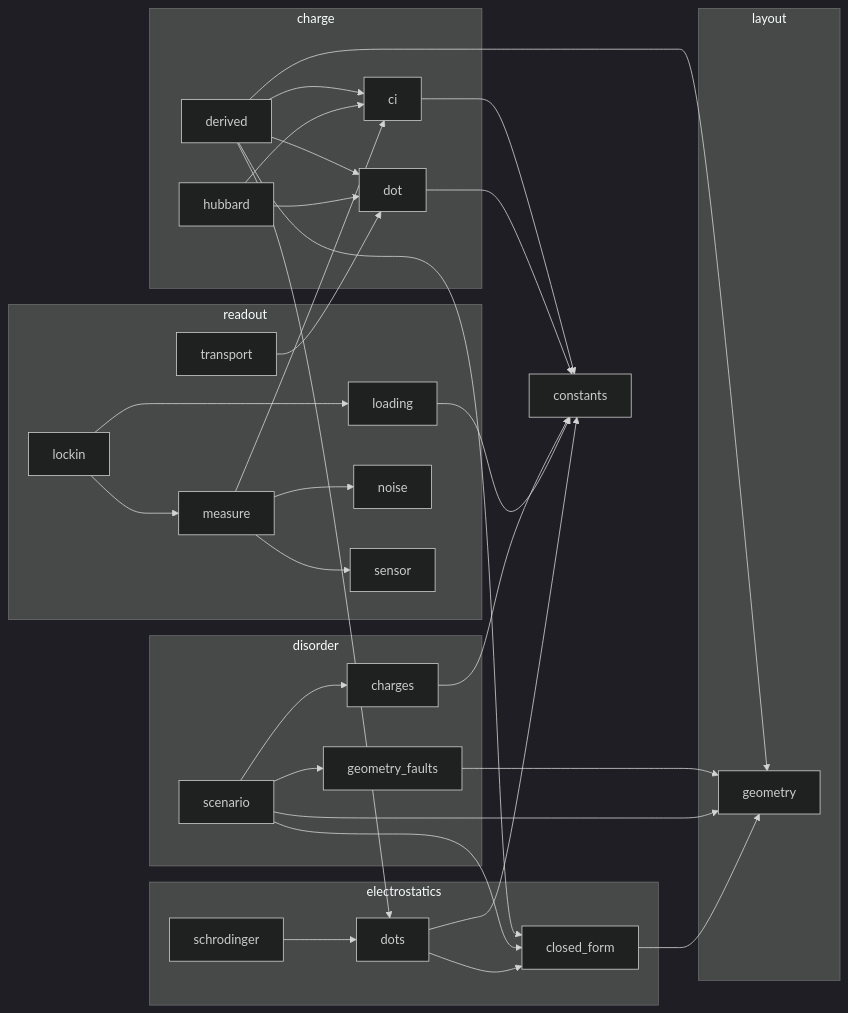
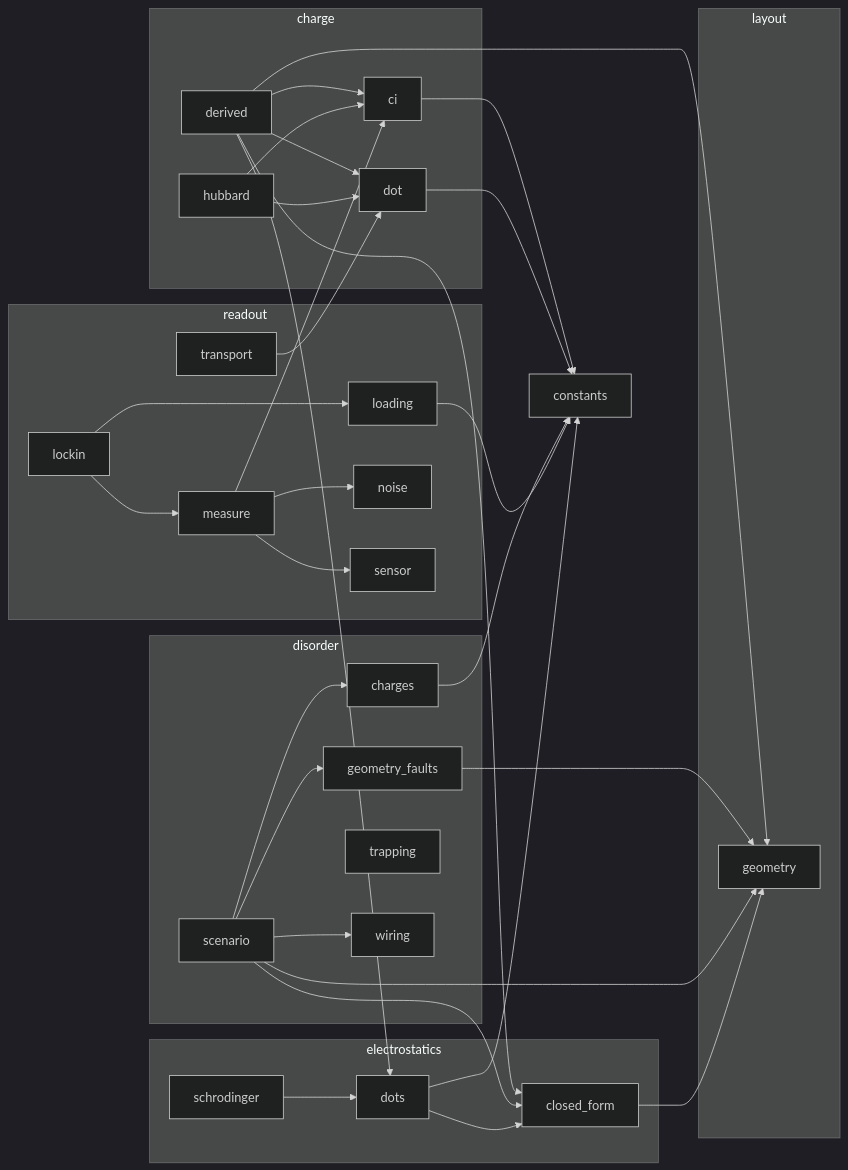
One commit to CowboyQuantum/phantom changed the second of 2 diagrams in docs/MODELS.md. Above: the diagram before and after it, drawn with Mermaid (dark theme). The commit also changed other lines of this file and 15 other files, not shown here.

First line of the commit message:
feat(disorder): wiring faults, leakage network, sensor asymmetry, trapping hysteresis (Step 3, second PR)

````diff
--- a/docs/MODELS.md
+++ b/docs/MODELS.md
@@ -114,56 +128,59 @@
 ```mermaid
 flowchart LR
   subgraph layout
     layout_geometry["geometry"]
   end
   subgraph electrostatics
     electrostatics_closed_form["closed_form"]
     electrostatics_dots["dots"]
     electrostatics_schrodinger["schrodinger"]
   end
   subgraph disorder
     disorder_charges["charges"]
     disorder_geometry_faults["geometry_faults"]
     disorder_scenario["scenario"]
+    disorder_trapping["trapping"]
+    disorder_wiring["wiring"]
   end
   subgraph charge
     charge_ci["ci"]
     charge_derived["derived"]
     charge_dot["dot"]
     charge_hubbard["hubbard"]
   end
   subgraph readout
     readout_loading["loading"]
     readout_lockin["lockin"]
     readout_measure["measure"]
     readout_noise["noise"]
     readout_sensor["sensor"]
     readout_transport["transport"]
   end
   charge_ci --> constants
   charge_derived --> charge_ci
   charge_derived --> charge_dot
   charge_derived --> electrostatics_closed_form
   charge_derived --> electrostatics_dots
   charge_derived --> layout_geometry
   charge_dot --> constants
   charge_hubbard --> charge_ci
   charge_hubbard --> charge_dot
   disorder_charges --> constants
   disorder_geometry_faults --> layout_geometry
   disorder_scenario --> disorder_charges
   disorder_scenario --> disorder_geometry_faults
+  disorder_scenario --> disorder_wiring
   disorder_scenario --> electrostatics_closed_form
   disorder_scenario --> layout_geometry
   electrostatics_closed_form --> layout_geometry
   electrostatics_dots --> constants
   electrostatics_dots --> electrostatics_closed_form
   electrostatics_schrodinger --> electrostatics_dots
   readout_loading --> constants
   readout_lockin --> readout_loading
   readout_lockin --> readout_measure
   readout_measure --> charge_ci
   readout_measure --> readout_noise
   readout_measure --> readout_sensor
   readout_transport --> charge_dot
 ```
````
